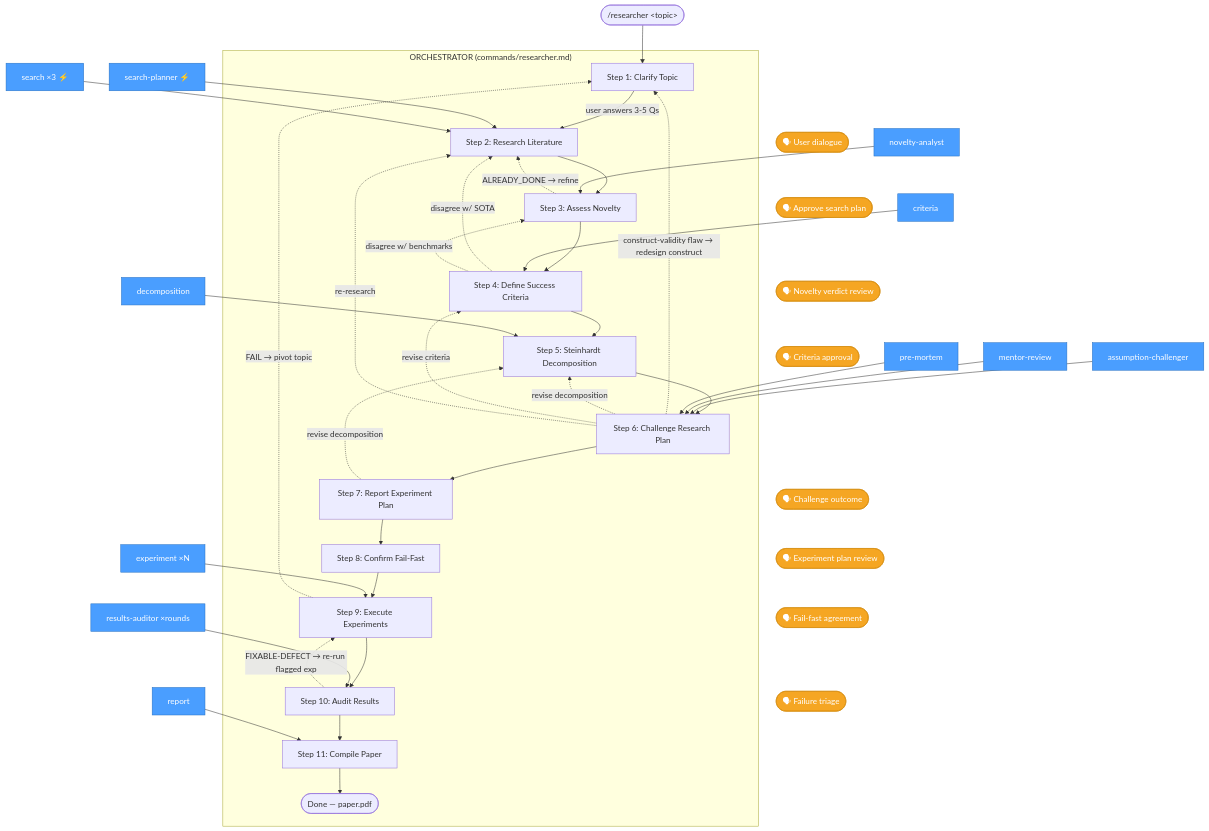
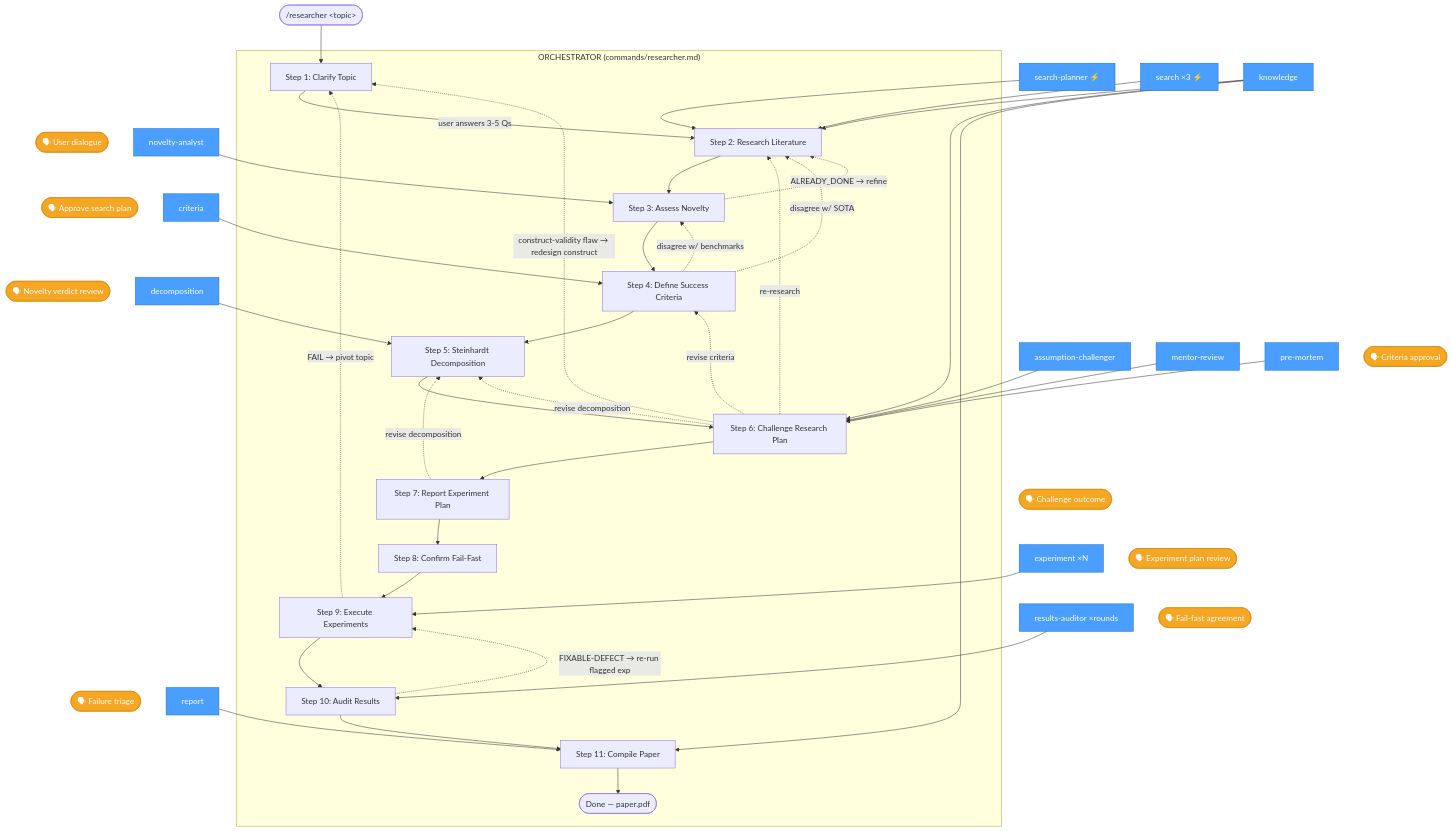
Before and after one commit to tbuckworth/ai-safety-researcher: the first of 4 diagrams in docs/DIAGRAM.md, drawn with Mermaid. The commit also changed other lines of this file and 1 other file, not shown here.

First line of the commit message:
One agent catalogue; ARCHITECTURE.md points to the repo map

````diff
--- a/docs/DIAGRAM.md
+++ b/docs/DIAGRAM.md
@@ -5,69 +5,70 @@
 ```mermaid
 flowchart TD
     User(["/researcher &lt;topic&gt;"]) --> S1
 
     subgraph ORCH["ORCHESTRATOR (commands/researcher.md)"]
         S1["Step 1: Clarify Topic"]
         S2["Step 2: Research Literature"]
         S3["Step 3: Assess Novelty"]
         S4["Step 4: Define Success Criteria"]
         S5["Step 5: Steinhardt Decomposition"]
         S6["Step 6: Challenge Research Plan"]
         S7["Step 7: Report Experiment Plan"]
         S8["Step 8: Confirm Fail-Fast"]
         S9["Step 9: Execute Experiments"]
         S10["Step 10: Audit Results"]
         S11["Step 11: Compile Paper"]
         Done(["Done — paper.pdf"])
 
         S1 -->|"user answers 3-5 Qs"| S2
         S2 --> S3
         S3 --> S4
         S4 --> S5
         S5 --> S6
         S6 --> S7
         S7 --> S8
         S8 --> S9
         S9 --> S10
         S10 --> S11
         S11 --> Done
     end
 
     %% Loop-backs
     S3 -.->|"ALREADY_DONE → refine"| S2
     S4 -.->|"disagree w/ SOTA"| S2
     S4 -.->|"disagree w/ benchmarks"| S3
     S6 -.->|"construct-validity flaw → redesign construct"| S1
     S6 -.->|"revise decomposition"| S5
     S6 -.->|"revise criteria"| S4
     S6 -.->|"re-research"| S2
     S7 -.->|"revise decomposition"| S5
     S9 -.->|"FAIL → pivot topic"| S1
     S10 -.->|"FIXABLE-DEFECT → re-run flagged exp"| S9
 
     %% Agents
     SP["search-planner ⚡"]:::agent --> S2
     SE["search ×3 ⚡"]:::agent --> S2
     NA["novelty-analyst"]:::agent --> S3
     CR["criteria"]:::agent --> S4
     DE["decomposition"]:::agent --> S5
     AC["assumption-challenger"]:::agent --> S6
     SM2["mentor-review"]:::agent --> S6
     PM["pre-mortem"]:::agent --> S6
     EX["experiment ×N"]:::agent --> S9
     RA["results-auditor ×rounds"]:::agent --> S10
     RE["report"]:::agent --> S11
+    KN["knowledge"]:::agent --> S2 & S6 & S11
 
     %% User interaction points
     S1 ~~~ U1(["🗣 User dialogue"]):::user
     S2 ~~~ U2(["🗣 Approve search plan"]):::user
     S3 ~~~ U3(["🗣 Novelty verdict review"]):::user
     S4 ~~~ U4(["🗣 Criteria approval"]):::user
     S6 ~~~ U6c(["🗣 Challenge outcome"]):::user
     S7 ~~~ U7(["🗣 Experiment plan review"]):::user
     S8 ~~~ U8(["🗣 Fail-fast agreement"]):::user
     S9 ~~~ U9(["🗣 Failure triage"]):::user
 
     classDef agent fill:#4a9eff,stroke:#2670c2,color:#fff
     classDef user fill:#f5a623,stroke:#d48b0c,color:#fff
 ```
````
